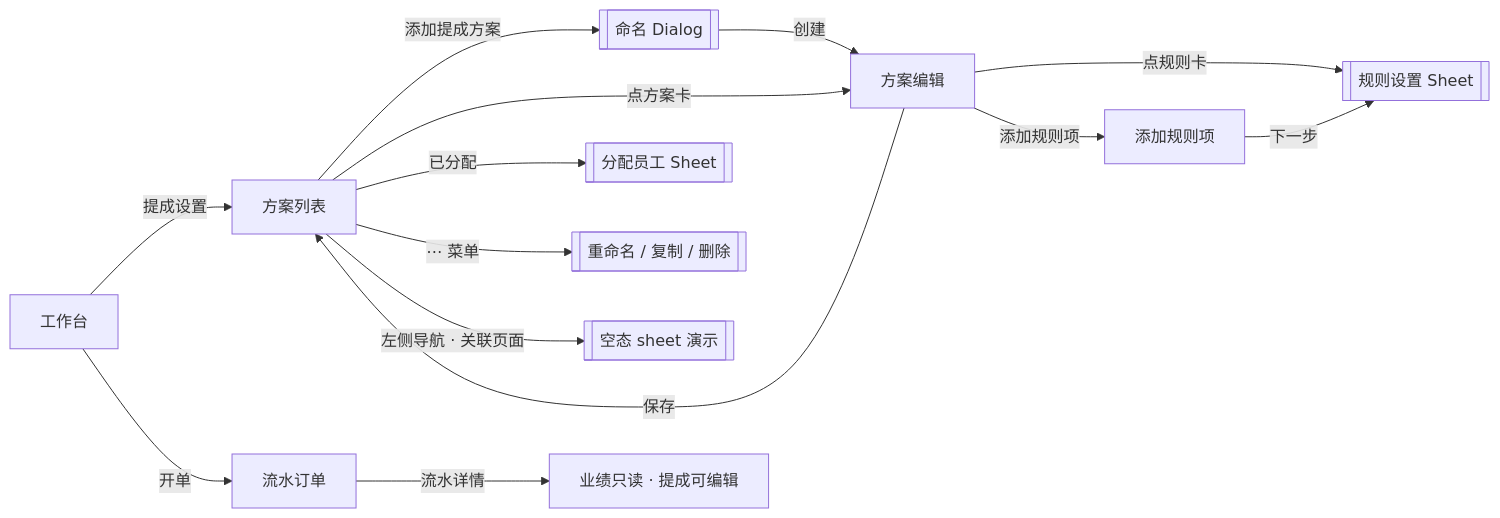
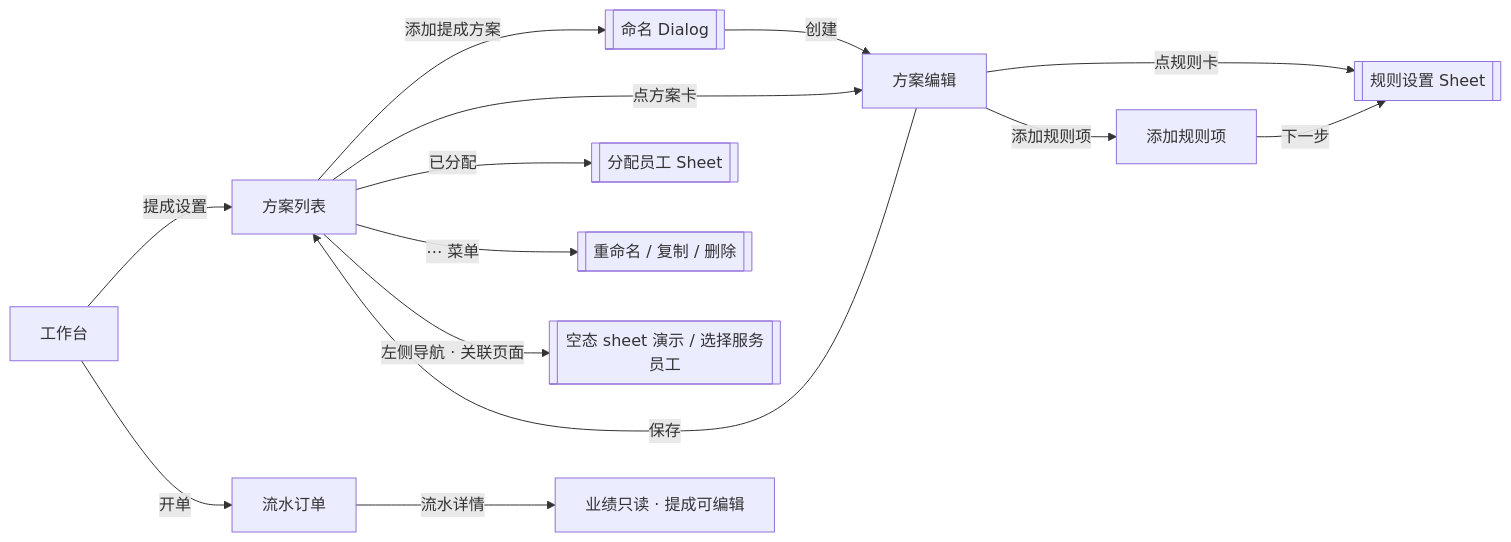
The first of 3 diagrams in PRD-提成设置.md (XDean-Designer/ticheng), drawn with Mermaid before and after one commit. The commit also changed other lines of this file and 6 other files, not shown here.

````diff
--- a/PRD-提成设置.md
+++ b/PRD-提成设置.md
@@ -192,16 +196,16 @@
 ```mermaid
 flowchart LR
   W[工作台] -->|提成设置| L[方案列表]
   L -->|添加提成方案| N[[命名 Dialog]]
   N -->|创建| E[方案编辑]
   L -->|点方案卡| E
   E -->|点规则卡| S[[规则设置 Sheet]]
   E -->|添加规则项| P[添加规则项]
   P -->|下一步| S
   L -->|已分配| A[[分配员工 Sheet]]
   L -->|⋯ 菜单| M[[重命名 / 复制 / 删除]]
   E -->|保存| L
-  L -->|左侧导航 · 关联页面| STF[[空态 sheet 演示]]
+  L -->|左侧导航 · 关联页面| STF[[空态 sheet 演示 / 选择服务员工]]
   W -->|开单| B[流水订单]
   B -->|流水详情| D[业绩只读 · 提成可编辑]
 ```
````
